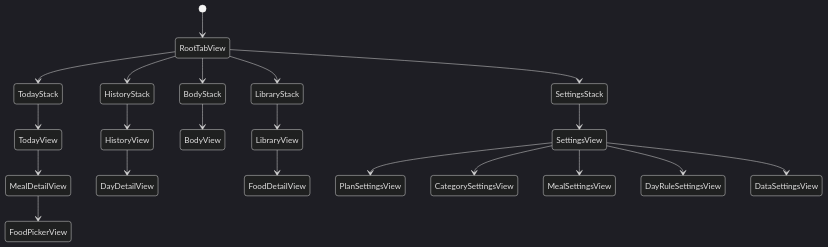
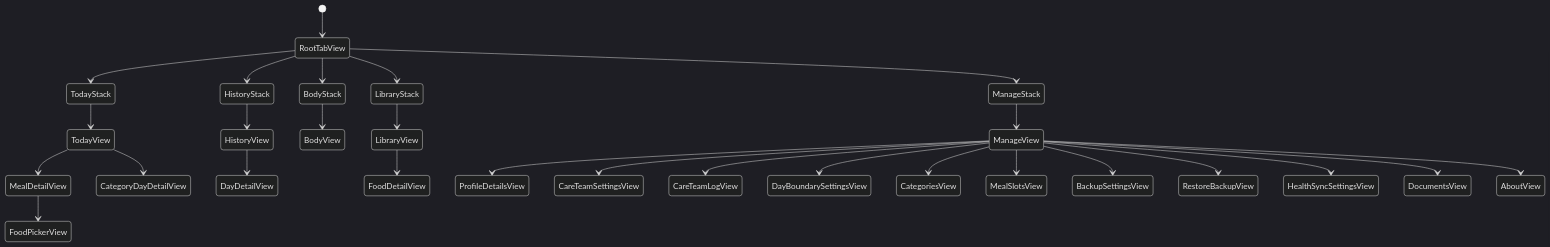
The diagram in docs/architecture/navigation.md (black77dragon/DragonHealth), drawn with Mermaid (dark theme) before and after one commit. The commit also changed other lines of this file and 54 other files, not shown here.

````diff
--- a/docs/architecture/navigation.md
+++ b/docs/architecture/navigation.md
@@ -331,29 +421,36 @@
 ```mermaid
 stateDiagram-v2
     [*] --> RootTabView
 
     RootTabView --> TodayStack
     RootTabView --> HistoryStack
     RootTabView --> BodyStack
     RootTabView --> LibraryStack
-    RootTabView --> SettingsStack
+    RootTabView --> ManageStack
 
     TodayStack --> TodayView
     TodayView --> MealDetailView
+    TodayView --> CategoryDayDetailView
     MealDetailView --> FoodPickerView
 
     HistoryStack --> HistoryView
     HistoryView --> DayDetailView
 
     BodyStack --> BodyView
 
     LibraryStack --> LibraryView
     LibraryView --> FoodDetailView
 
-    SettingsStack --> SettingsView
-    SettingsView --> PlanSettingsView
-    SettingsView --> CategorySettingsView
-    SettingsView --> MealSettingsView
-    SettingsView --> DayRuleSettingsView
-    SettingsView --> DataSettingsView
+    ManageStack --> ManageView
+    ManageView --> ProfileDetailsView
+    ManageView --> CareTeamSettingsView
+    ManageView --> CareTeamLogView
+    ManageView --> DayBoundarySettingsView
+    ManageView --> CategoriesView
+    ManageView --> MealSlotsView
+    ManageView --> BackupSettingsView
+    ManageView --> RestoreBackupView
+    ManageView --> HealthSyncSettingsView
+    ManageView --> DocumentsView
+    ManageView --> AboutView
 ```
````
